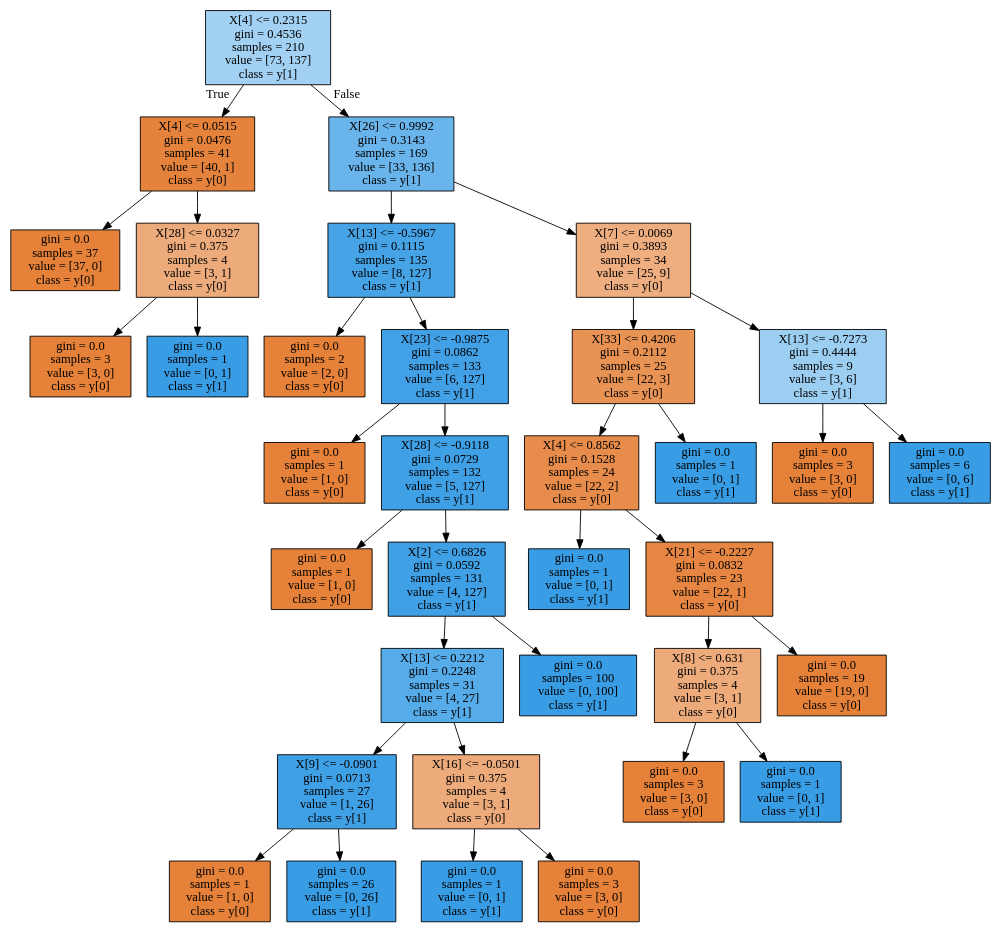
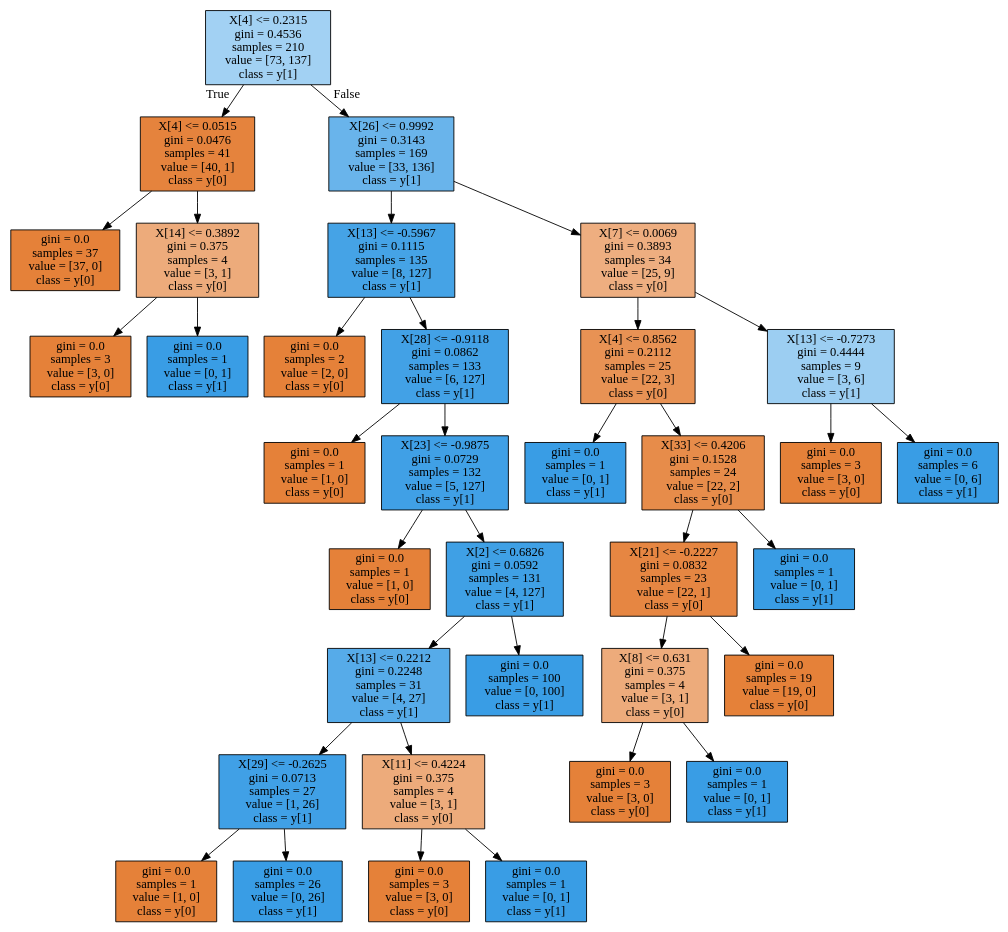
One commit to rpatel26/Cogs118A changed the diagram in Assignment6/test2.dot. Above: the diagram before and after it, drawn with Graphviz. The commit also changed 8 other files, not shown here.

```diff
--- a/Assignment6/test2.dot
+++ b/Assignment6/test2.dot
@@ -1,72 +1,72 @@
 digraph Tree {
 node [shape=box, style="filled", color="black"] ;
 0 [label="X[4] <= 0.2315\ngini = 0.4536\nsamples = 210\nvalue = [73, 137]\nclass = y[1]", fillcolor="#399de577"] ;
 1 [label="X[4] <= 0.0515\ngini = 0.0476\nsamples = 41\nvalue = [40, 1]\nclass = y[0]", fillcolor="#e58139f9"] ;
 0 -> 1 [labeldistance=2.5, labelangle=45, headlabel="True"] ;
 2 [label="gini = 0.0\nsamples = 37\nvalue = [37, 0]\nclass = y[0]", fillcolor="#e58139ff"] ;
 1 -> 2 ;
-3 [label="X[28] <= 0.0327\ngini = 0.375\nsamples = 4\nvalue = [3, 1]\nclass = y[0]", fillcolor="#e58139aa"] ;
+3 [label="X[14] <= 0.3892\ngini = 0.375\nsamples = 4\nvalue = [3, 1]\nclass = y[0]", fillcolor="#e58139aa"] ;
 1 -> 3 ;
 4 [label="gini = 0.0\nsamples = 3\nvalue = [3, 0]\nclass = y[0]", fillcolor="#e58139ff"] ;
 3 -> 4 ;
 5 [label="gini = 0.0\nsamples = 1\nvalue = [0, 1]\nclass = y[1]", fillcolor="#399de5ff"] ;
 3 -> 5 ;
 6 [label="X[26] <= 0.9992\ngini = 0.3143\nsamples = 169\nvalue = [33, 136]\nclass = y[1]", fillcolor="#399de5c1"] ;
 0 -> 6 [labeldistance=2.5, labelangle=-45, headlabel="False"] ;
 7 [label="X[13] <= -0.5967\ngini = 0.1115\nsamples = 135\nvalue = [8, 127]\nclass = y[1]", fillcolor="#399de5ef"] ;
 6 -> 7 ;
 8 [label="gini = 0.0\nsamples = 2\nvalue = [2, 0]\nclass = y[0]", fillcolor="#e58139ff"] ;
 7 -> 8 ;
-9 [label="X[23] <= -0.9875\ngini = 0.0862\nsamples = 133\nvalue = [6, 127]\nclass = y[1]", fillcolor="#399de5f3"] ;
+9 [label="X[28] <= -0.9118\ngini = 0.0862\nsamples = 133\nvalue = [6, 127]\nclass = y[1]", fillcolor="#399de5f3"] ;
 7 -> 9 ;
 10 [label="gini = 0.0\nsamples = 1\nvalue = [1, 0]\nclass = y[0]", fillcolor="#e58139ff"] ;
 9 -> 10 ;
-11 [label="X[28] <= -0.9118\ngini = 0.0729\nsamples = 132\nvalue = [5, 127]\nclass = y[1]", fillcolor="#399de5f5"] ;
+11 [label="X[23] <= -0.9875\ngini = 0.0729\nsamples = 132\nvalue = [5, 127]\nclass = y[1]", fillcolor="#399de5f5"] ;
 9 -> 11 ;
 12 [label="gini = 0.0\nsamples = 1\nvalue = [1, 0]\nclass = y[0]", fillcolor="#e58139ff"] ;
 11 -> 12 ;
 13 [label="X[2] <= 0.6826\ngini = 0.0592\nsamples = 131\nvalue = [4, 127]\nclass = y[1]", fillcolor="#399de5f7"] ;
 11 -> 13 ;
 14 [label="X[13] <= 0.2212\ngini = 0.2248\nsamples = 31\nvalue = [4, 27]\nclass = y[1]", fillcolor="#399de5d9"] ;
 13 -> 14 ;
-15 [label="X[9] <= -0.0901\ngini = 0.0713\nsamples = 27\nvalue = [1, 26]\nclass = y[1]", fillcolor="#399de5f5"] ;
+15 [label="X[29] <= -0.2625\ngini = 0.0713\nsamples = 27\nvalue = [1, 26]\nclass = y[1]", fillcolor="#399de5f5"] ;
 14 -> 15 ;
 16 [label="gini = 0.0\nsamples = 1\nvalue = [1, 0]\nclass = y[0]", fillcolor="#e58139ff"] ;
 15 -> 16 ;
 17 [label="gini = 0.0\nsamples = 26\nvalue = [0, 26]\nclass = y[1]", fillcolor="#399de5ff"] ;
 15 -> 17 ;
-18 [label="X[16] <= -0.0501\ngini = 0.375\nsamples = 4\nvalue = [3, 1]\nclass = y[0]", fillcolor="#e58139aa"] ;
+18 [label="X[11] <= 0.4224\ngini = 0.375\nsamples = 4\nvalue = [3, 1]\nclass = y[0]", fillcolor="#e58139aa"] ;
 14 -> 18 ;
-19 [label="gini = 0.0\nsamples = 1\nvalue = [0, 1]\nclass = y[1]", fillcolor="#399de5ff"] ;
+19 [label="gini = 0.0\nsamples = 3\nvalue = [3, 0]\nclass = y[0]", fillcolor="#e58139ff"] ;
 18 -> 19 ;
-20 [label="gini = 0.0\nsamples = 3\nvalue = [3, 0]\nclass = y[0]", fillcolor="#e58139ff"] ;
+20 [label="gini = 0.0\nsamples = 1\nvalue = [0, 1]\nclass = y[1]", fillcolor="#399de5ff"] ;
 18 -> 20 ;
 21 [label="gini = 0.0\nsamples = 100\nvalue = [0, 100]\nclass = y[1]", fillcolor="#399de5ff"] ;
 13 -> 21 ;
 22 [label="X[7] <= 0.0069\ngini = 0.3893\nsamples = 34\nvalue = [25, 9]\nclass = y[0]", fillcolor="#e58139a3"] ;
 6 -> 22 ;
-23 [label="X[33] <= 0.4206\ngini = 0.2112\nsamples = 25\nvalue = [22, 3]\nclass = y[0]", fillcolor="#e58139dc"] ;
+23 [label="X[4] <= 0.8562\ngini = 0.2112\nsamples = 25\nvalue = [22, 3]\nclass = y[0]", fillcolor="#e58139dc"] ;
 22 -> 23 ;
-24 [label="X[4] <= 0.8562\ngini = 0.1528\nsamples = 24\nvalue = [22, 2]\nclass = y[0]", fillcolor="#e58139e8"] ;
+24 [label="gini = 0.0\nsamples = 1\nvalue = [0, 1]\nclass = y[1]", fillcolor="#399de5ff"] ;
 23 -> 24 ;
-25 [label="gini = 0.0\nsamples = 1\nvalue = [0, 1]\nclass = y[1]", fillcolor="#399de5ff"] ;
-24 -> 25 ;
+25 [label="X[33] <= 0.4206\ngini = 0.1528\nsamples = 24\nvalue = [22, 2]\nclass = y[0]", fillcolor="#e58139e8"] ;
+23 -> 25 ;
 26 [label="X[21] <= -0.2227\ngini = 0.0832\nsamples = 23\nvalue = [22, 1]\nclass = y[0]", fillcolor="#e58139f3"] ;
-24 -> 26 ;
+25 -> 26 ;
 27 [label="X[8] <= 0.631\ngini = 0.375\nsamples = 4\nvalue = [3, 1]\nclass = y[0]", fillcolor="#e58139aa"] ;
 26 -> 27 ;
 28 [label="gini = 0.0\nsamples = 3\nvalue = [3, 0]\nclass = y[0]", fillcolor="#e58139ff"] ;
 27 -> 28 ;
 29 [label="gini = 0.0\nsamples = 1\nvalue = [0, 1]\nclass = y[1]", fillcolor="#399de5ff"] ;
 27 -> 29 ;
 30 [label="gini = 0.0\nsamples = 19\nvalue = [19, 0]\nclass = y[0]", fillcolor="#e58139ff"] ;
 26 -> 30 ;
 31 [label="gini = 0.0\nsamples = 1\nvalue = [0, 1]\nclass = y[1]", fillcolor="#399de5ff"] ;
-23 -> 31 ;
+25 -> 31 ;
 32 [label="X[13] <= -0.7273\ngini = 0.4444\nsamples = 9\nvalue = [3, 6]\nclass = y[1]", fillcolor="#399de57f"] ;
 22 -> 32 ;
 33 [label="gini = 0.0\nsamples = 3\nvalue = [3, 0]\nclass = y[0]", fillcolor="#e58139ff"] ;
 32 -> 33 ;
 34 [label="gini = 0.0\nsamples = 6\nvalue = [0, 6]\nclass = y[1]", fillcolor="#399de5ff"] ;
 32 -> 34 ;
 }
```
